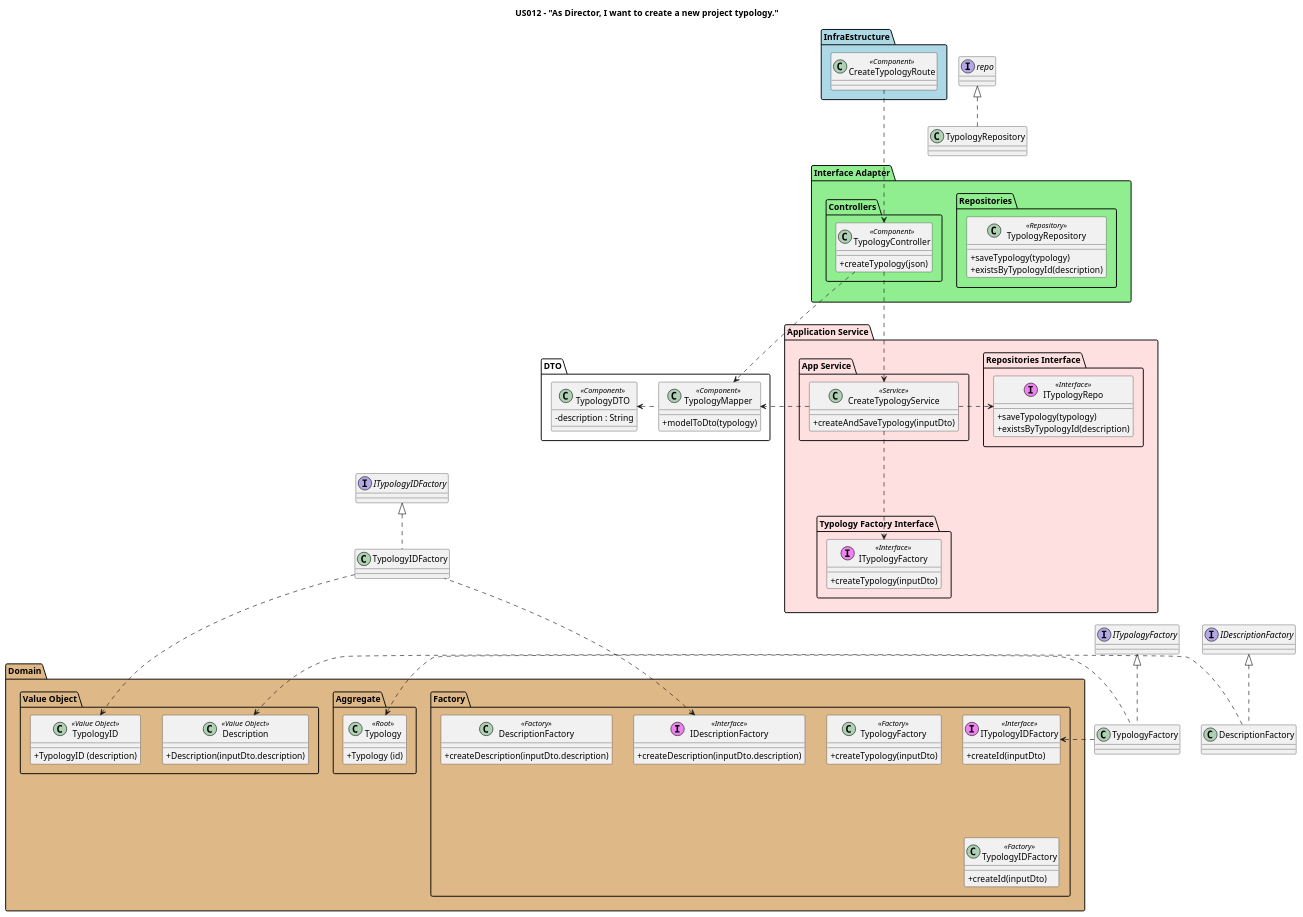
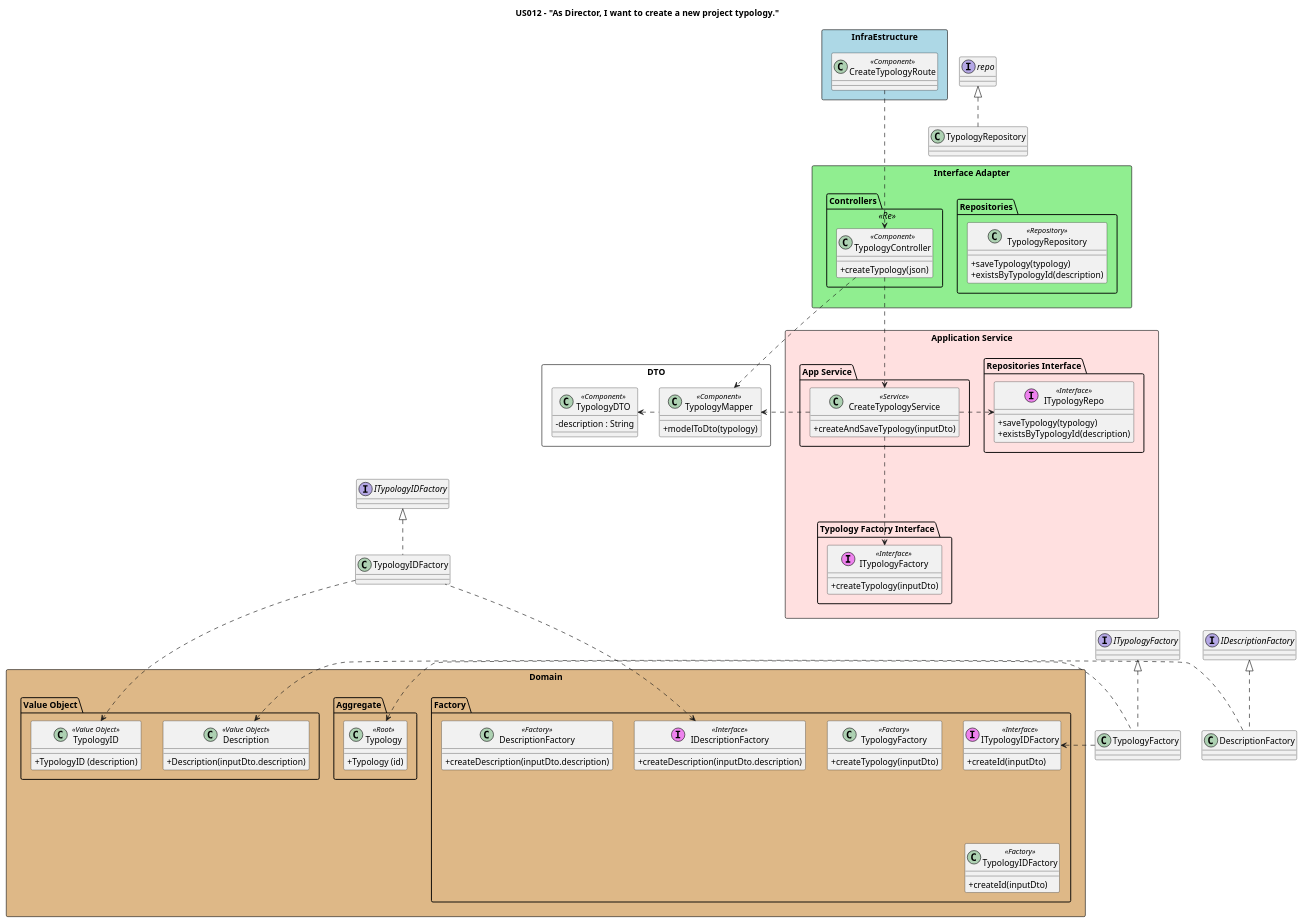
One commit to nunogon1211787/projectManagement changed the diagram in docs/Sprint1/US012/US012-CD.puml. Above: the diagram before and after it, drawn with PlantUML. The commit also changed 15 other files, not shown here.

```diff
--- a/docs/Sprint1/US012/US012-CD.puml
+++ b/docs/Sprint1/US012/US012-CD.puml
@@ -1,124 +1,124 @@
 @startuml
 
 skinparam classAttributeIconSize 0
 
 title US012 - "As Director, I want to create a new project typology."
 
-package "InfraEstructure" #lightblue {
+package "InfraEstructure" <<Rectangle>> #lightblue {
     class CreateTypologyRoute <<Component>>{
     }
 }
 
-package "Interface Adapter" #lightgreen{
-package "Controllers" <<Folder>>{
+package "Interface Adapter" <<Rectangle>> #lightgreen{
+package "Controllers" <<Re>>{
     class TypologyController <<Component>>{
     +createTypology(json)
     '+findTypologyByDescription(inputDto)
     '+findTypologyList()
     '+deleteTypology(inputDto)
     }
     }
     package "Repositories" <<Folder>>{
     class TypologyRepository <<Repository>>{
     '+findTypologyById(description)
     '+findAllTypology()
     +saveTypology(typology)
     +existsByTypologyId(description)
     '+deleteTypology(description)
     }
 }
 }
 
-package "DTO" {
+package "DTO" <<Rectangle>> {
     class TypologyDTO <<Component>> {
     -description : String
     }
 
     class TypologyMapper <<Component>> {
     +modelToDto(typology)
     '+modelToDto(typologyList)
     }
 }
 
-package "Application Service" #implementation {
+package "Application Service" <<Rectangle>> #implementation {
     package "App Service" {
         class CreateTypologyService <<Service>>{
         +createAndSaveTypology(inputDto)
         '+findTypologyByDescription(inputDto)
         '+findAllTypologies()
         '+deleteTypology(inputDto)
         }
     }
     package "Repositories Interface" {
         class "ITypologyRepo" as repo <<(I, Violet) Interface>> {
             '+findTypologyById(description)
             '+findAllTypology()
             +saveTypology(typology)
             +existsByTypologyId(description)
             '+deleteTypology(description)
         }
     }
     package "Typology Factory Interface" {
     class ITypologyFactory <<(I, Violet) Interface>> {
             +createTypology(inputDto)
             }
     }
 }
 
 
-package "Domain" #burlywood  {
+package "Domain" <<Rectangle>>#burlywood  {
     package "Factory" {
         class TypologyFactory <<Factory>> {
         +createTypology(inputDto)
         }
 
         class TypologyIDFactory <<Factory>> {
         +createId(inputDto)
         }
         class ITypologyIDFactory <<(I, Violet) Interface>> {
         +createId(inputDto)
         }
         class DescriptionFactory <<Factory>> {
         +createDescription(inputDto.description)
         }
         class IDescriptionFactory <<(I, Violet) Interface>> {
         +createDescription(inputDto.description)
         }
     }
 
     package "Aggregate" {
         class Typology <<Root>>{
             +Typology (id)
         }
     }
     package "Value Object"  {
         class TypologyID <<Value Object>>{
         +TypologyID (description)
         }
         class Description <<Value Object>>{
         +Description(inputDto.description)
         }
     }
 }
 
 CreateTypologyRoute -down..> TypologyController
 TypologyController -down..> CreateTypologyService
 TypologyController -right..> TypologyMapper
 CreateTypologyService -right..> TypologyMapper
 TypologyMapper -left..>TypologyDTO
 CreateTypologyService -right..> repo
 CreateTypologyService -down..> ITypologyFactory
 TypologyFactory -up[hidden]..> ITypologyFactory
 class TypologyFactory implements ITypologyFactory
 TypologyFactory -left..> Typology
 repo -up[hidden]..> TypologyRepository
 class TypologyRepository implements repo
 TypologyFactory -right..> ITypologyIDFactory
 TypologyIDFactory -up[hidden]..> ITypologyIDFactory
 class TypologyIDFactory implements ITypologyIDFactory
 TypologyIDFactory -down..> TypologyID
 TypologyIDFactory -left..> IDescriptionFactory
 class DescriptionFactory implements IDescriptionFactory
 DescriptionFactory -left..> Description
 
 @enduml
```
